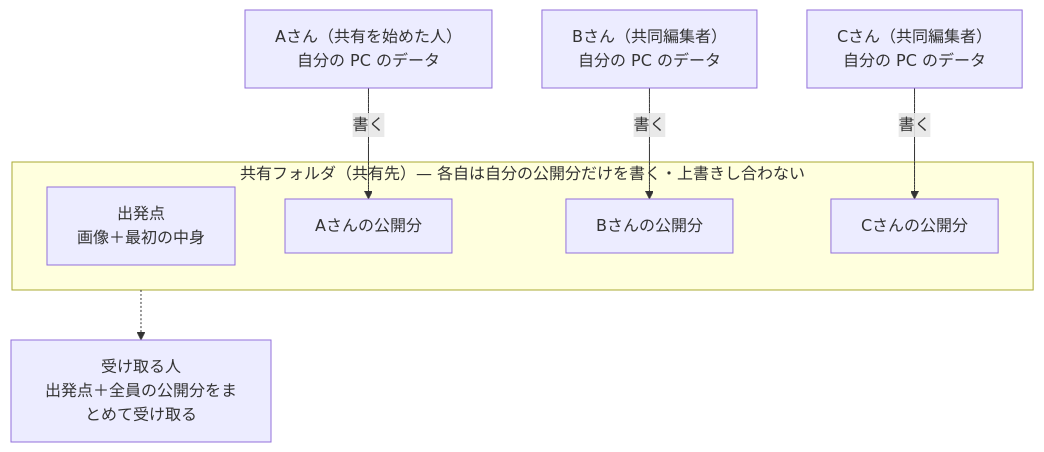
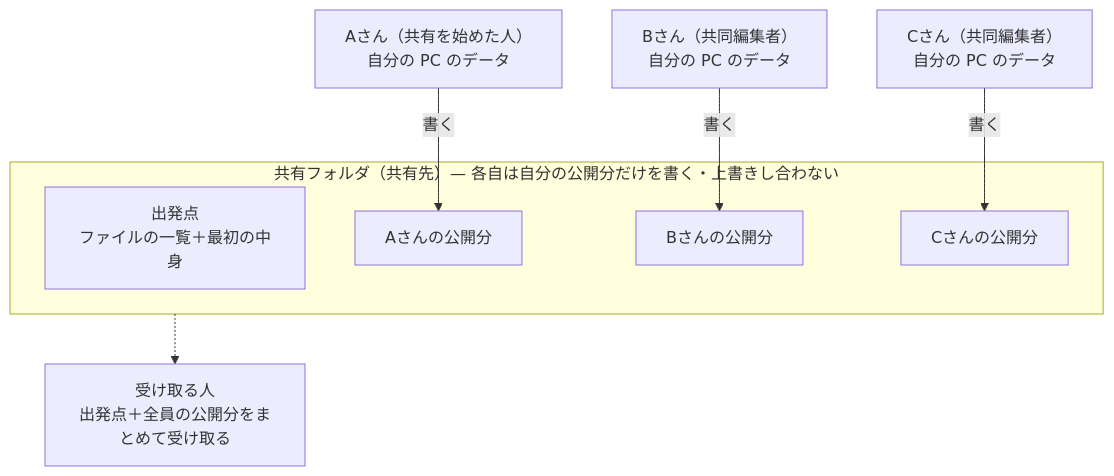
The eighth of 16 diagrams in SYNC_GUIDE.md (animtools/RefPicker), drawn with Mermaid before and after one commit. The commit also changed other lines of this file and 27 other files, not shown here.

First line of the commit message:
docs: 0.6.0 の公開文書（扱えるファイル・共有先の渡し方と範囲・自由タグのピッカーとタグの管理・起動時の新しいバージョンの確認など）と CHANGELOG、図を 0.6.0 の画面にする

````diff
--- a/SYNC_GUIDE.md
+++ b/SYNC_GUIDE.md
@@ -298,17 +377,17 @@
 ```mermaid
 flowchart TB
     A["Aさん（共有を始めた人）<br/>自分の PC のデータ"]
     B["Bさん（共同編集者）<br/>自分の PC のデータ"]
     C["Cさん（共同編集者）<br/>自分の PC のデータ"]
     subgraph SF["共有フォルダ（共有先）— 各自は自分の公開分だけを書く・上書きし合わない"]
-        M["出発点<br/>画像＋最初の中身"]
+        M["出発点<br/>ファイルの一覧＋最初の中身"]
         PA["Aさんの公開分"]
         PB["Bさんの公開分"]
         PC["Cさんの公開分"]
     end
     X["受け取る人<br/>出発点＋全員の公開分をまとめて受け取る"]
     A -- "書く" --> PA
     B -- "書く" --> PB
     C -- "書く" --> PC
     SF -.-> X
 ```
````
